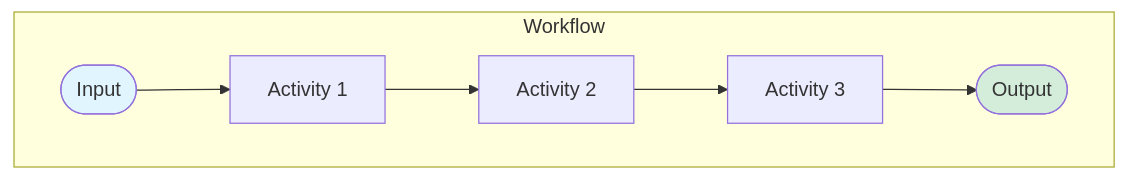
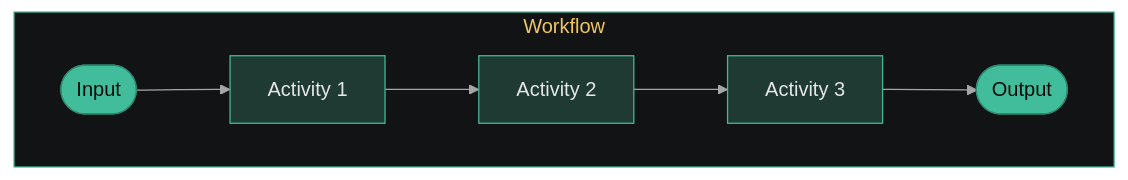
The diagram in .demo/slides/04-dapr-workflow/04-04-dapr-workflow-explanation.md (diagrid-labs/dapr-reliable-agentic-systems), drawn with Mermaid before and after one commit. The commit also changed other lines of this file and 55 other files, not shown here.

````diff
--- a/.demo/slides/04-dapr-workflow/04-04-dapr-workflow-explanation.md
+++ b/.demo/slides/04-dapr-workflow/04-04-dapr-workflow-explanation.md
@@ -13,13 +12,14 @@
 ```mermaid
+%%{init: {"theme":"base","themeVariables":{"background":"#0a0a0a","primaryColor":"#1f3a32","primaryTextColor":"#e6e6e6","primaryBorderColor":"#41BD9B","lineColor":"#A6A6A6","secondaryColor":"#111315","tertiaryColor":"#111315","clusterBkg":"#111315","clusterBorder":"#41BD9B","titleColor":"#F0C75E","edgeLabelBackground":"#0a0a0a","noteBkgColor":"#111315","noteTextColor":"#e6e6e6","noteBorderColor":"#41BD9B","actorBkg":"#1f3a32","actorBorder":"#41BD9B","actorTextColor":"#e6e6e6","actorLineColor":"#A6A6A6","signalColor":"#A6A6A6","signalTextColor":"#e6e6e6","labelBoxBkgColor":"#0a0a0a","labelBoxBorderColor":"#41BD9B","labelTextColor":"#e6e6e6","loopTextColor":"#e6e6e6","altSectionBkgColor":"#111315","sectionBkgColor":"#111315","fontFamily":"Geist,sans-serif"}}}%%
 graph LR
     subgraph Workflow
     direction LR
     Start([Input]) --> A1[Activity 1]
     A1 --> A2[Activity 2]
     A2 --> A3[Activity 3]
     A3 --> End([Output])
     end
     
-    style Start fill:#e1f5ff
-    style End fill:#d4edda
+    style Start fill:#41BD9B,stroke:#2d8a70,color:#0a0a0a
+    style End fill:#41BD9B,stroke:#2d8a70,color:#0a0a0a
 ```
````
